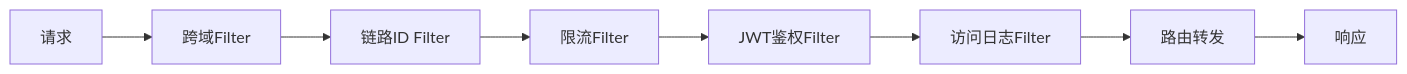
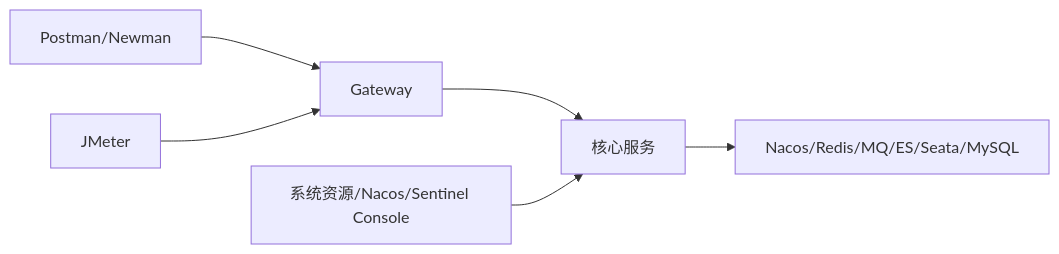
One commit to zyyyyynnn/Microservices-Final-Project changed the fourth of 4 diagrams in docs/ARCHITECTURE.md. Above: the diagram before and after it, drawn with Mermaid. The commit also changed other lines of this file, not shown here.

Commit message:
docs: rewrite architecture design

````diff
--- a/docs/ARCHITECTURE.md
+++ b/docs/ARCHITECTURE.md
@@ -155,10 +461,8 @@
 ```mermaid
 graph LR
-  REQ[请求] --> CORS[跨域Filter]
-  CORS --> TRACE[链路ID Filter]
-  TRACE --> RL[限流Filter]
-  RL --> AUTH[JWT鉴权Filter]
-  AUTH --> LOG[访问日志Filter]
-  LOG --> ROUTE[路由转发]
-  ROUTE --> RESP[响应]
+  Postman[Postman/Newman] --> Gateway
+  JMeter[JMeter] --> Gateway
+  Gateway --> Services[核心服务]
+  Services --> Middleware[Nacos/Redis/MQ/ES/Seata/MySQL]
+  Monitor[系统资源/Nacos/Sentinel Console] --> Services
 ```
````
